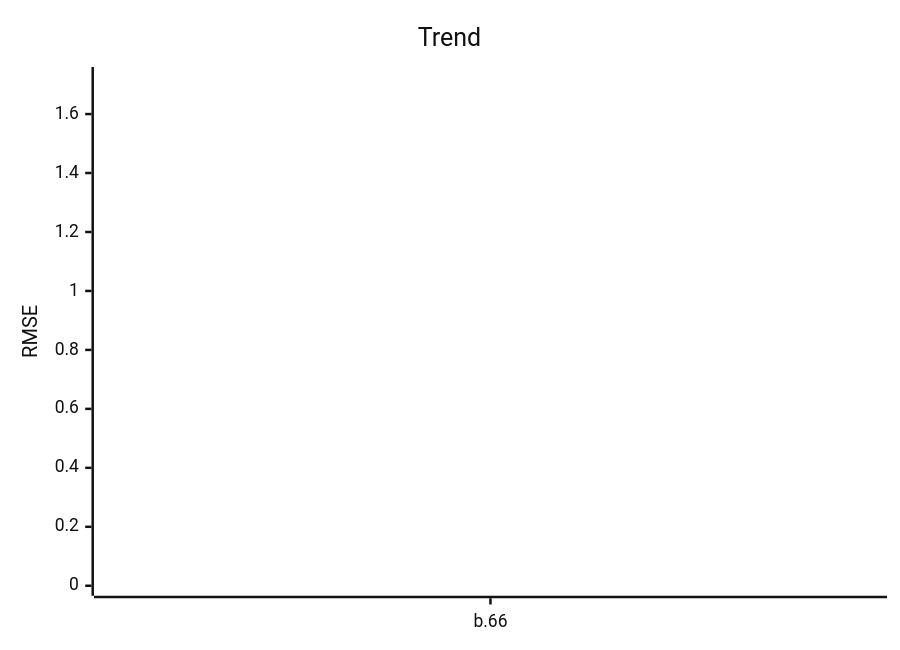
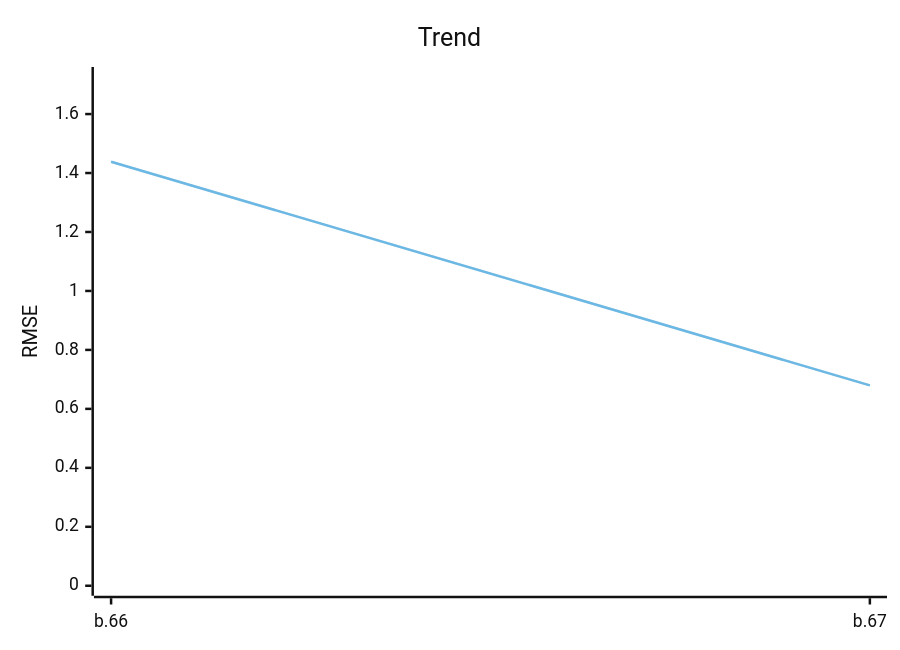
Before and after one commit to timo-eberl/tracy: the first of 2 diagrams in README.md, drawn with Mermaid (neutral theme). The commit also changed other lines of this file and 6 other files, not shown here.

````diff
--- a/README.md
+++ b/README.md
@@ -9,8 +9,8 @@
 ```mermaid
 xychart-beta
     title "Trend"
-    x-axis ["b.66"]
+    x-axis ["b.66", "b.67"]
     y-axis "RMSE" 0 --> 1.7257
-    line [1.4381]
-    line [1.4381]
+    line [1.4381, 0.6796]
+    line [1.4381, 0.6796]
 ```
````
